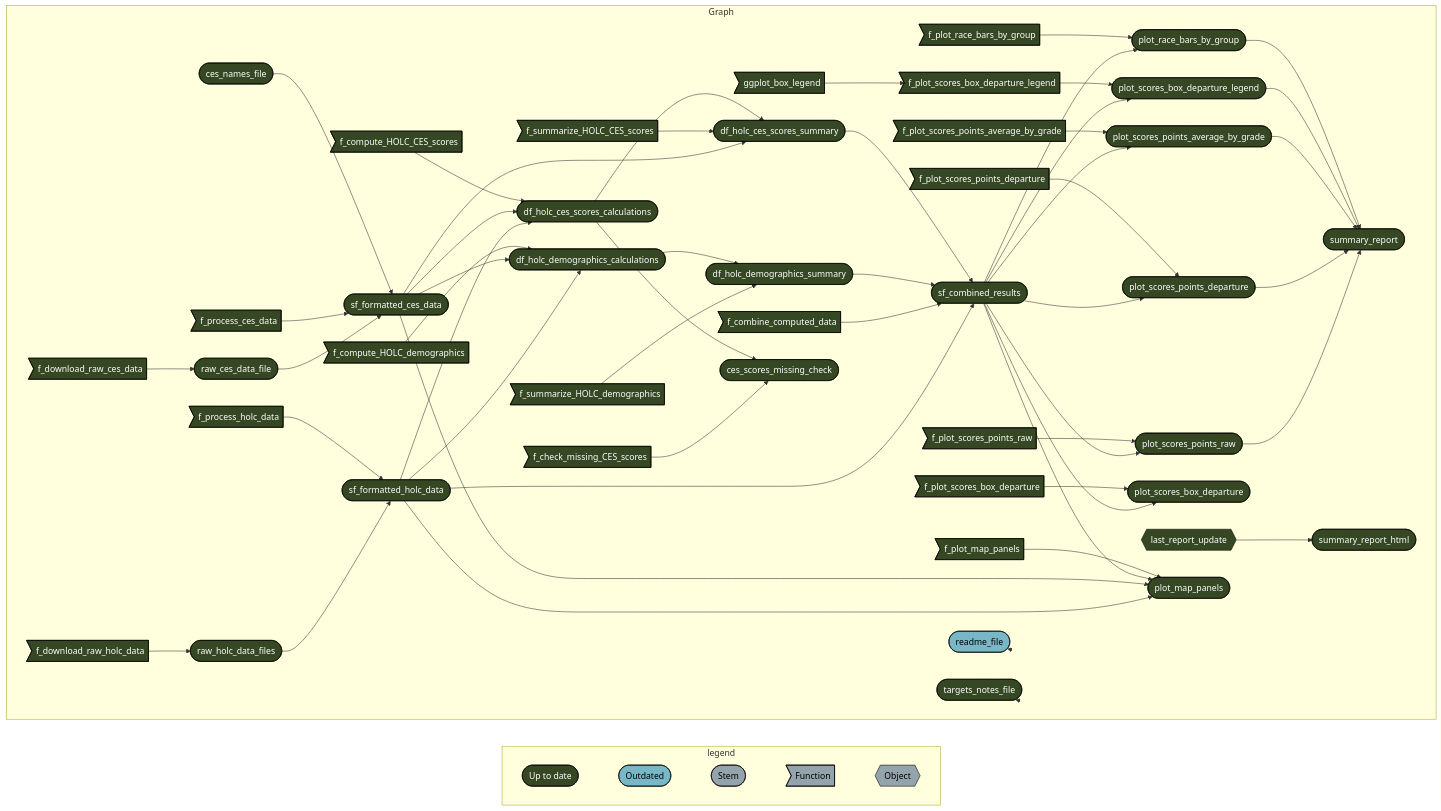
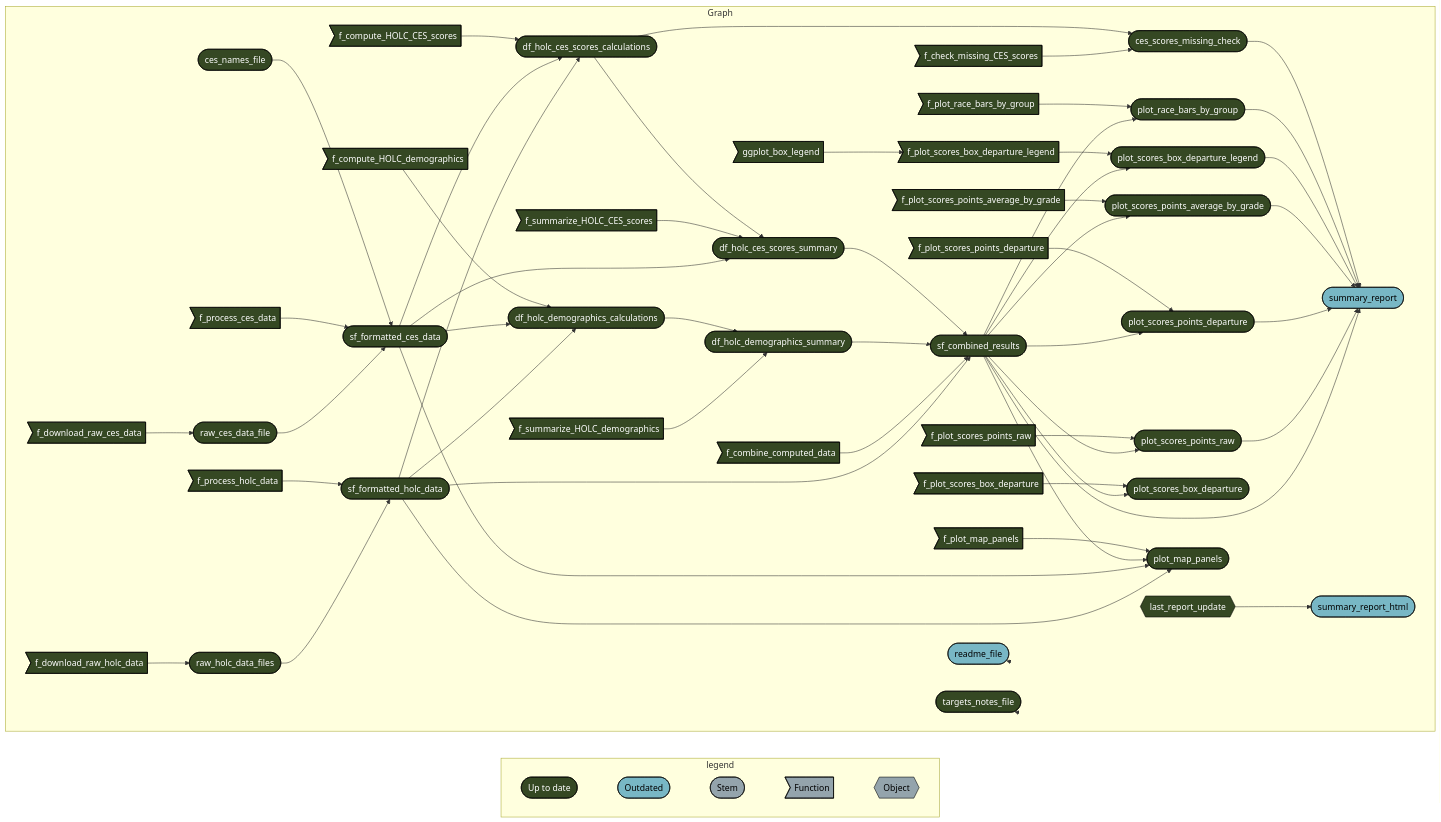
Before and after one commit to daltare/pollution-and-prejudice: the diagram in README.md, drawn with Mermaid. The commit also changed other lines of this file and 9 other files, not shown here.

Commit message:
update readme with links to processed datasets; update summary report with info about missing CES values

````diff
--- a/README.md
+++ b/README.md
@@ -83,71 +93,73 @@
 ``` mermaid
 graph LR
   subgraph legend
     direction LR
     x7420bd9270f8d27d([""Up to date""]):::uptodate --- x0a52b03877696646([""Outdated""]):::outdated
     x0a52b03877696646([""Outdated""]):::outdated --- xbf4603d6c2c2ad6b([""Stem""]):::none
     xbf4603d6c2c2ad6b([""Stem""]):::none --- xf0bce276fe2b9d3e>""Function""]:::none
     xf0bce276fe2b9d3e>""Function""]:::none --- x5bffbffeae195fc9{{""Object""}}:::none
   end
   subgraph Graph
     direction LR
     x723651d51c4d9039>"ggplot_box_legend"]:::uptodate --> x9fc5d9228e2f8c78>"f_plot_scores_box_departure_legend"]:::uptodate
     xbc38fdbb09f54cdc(["df_holc_ces_scores_summary"]):::uptodate --> x7774e14ad1201765(["sf_combined_results"]):::uptodate
     x722c080414fdf571(["df_holc_demographics_summary"]):::uptodate --> x7774e14ad1201765(["sf_combined_results"]):::uptodate
     xf90b49dd379c5312>"f_combine_computed_data"]:::uptodate --> x7774e14ad1201765(["sf_combined_results"]):::uptodate
     xd358c84560a350ea(["sf_formatted_holc_data"]):::uptodate --> x7774e14ad1201765(["sf_combined_results"]):::uptodate
     x661c36f456260220>"f_plot_scores_points_average_by_grade"]:::uptodate --> x26888c3adf53b8ba(["plot_scores_points_average_by_grade"]):::uptodate
     x7774e14ad1201765(["sf_combined_results"]):::uptodate --> x26888c3adf53b8ba(["plot_scores_points_average_by_grade"]):::uptodate
     xb84eb9d541120890>"f_compute_HOLC_CES_scores"]:::uptodate --> xf2cacda6c5be1d56(["df_holc_ces_scores_calculations"]):::uptodate
     x66ea1e7e4088616e(["sf_formatted_ces_data"]):::uptodate --> xf2cacda6c5be1d56(["df_holc_ces_scores_calculations"]):::uptodate
     xd358c84560a350ea(["sf_formatted_holc_data"]):::uptodate --> xf2cacda6c5be1d56(["df_holc_ces_scores_calculations"]):::uptodate
     x05780902aff2e52e>"f_plot_scores_points_departure"]:::uptodate --> x85db2b90c235dab6(["plot_scores_points_departure"]):::uptodate
     x7774e14ad1201765(["sf_combined_results"]):::uptodate --> x85db2b90c235dab6(["plot_scores_points_departure"]):::uptodate
     xd22b3ef3698af9c3>"f_plot_race_bars_by_group"]:::uptodate --> xe2341aac6be6d5c3(["plot_race_bars_by_group"]):::uptodate
     x7774e14ad1201765(["sf_combined_results"]):::uptodate --> xe2341aac6be6d5c3(["plot_race_bars_by_group"]):::uptodate
-    xe2341aac6be6d5c3(["plot_race_bars_by_group"]):::uptodate --> xe24c603975ef95ce(["summary_report"]):::uptodate
-    xd261dc6bb4fd422e(["plot_scores_box_departure_legend"]):::uptodate --> xe24c603975ef95ce(["summary_report"]):::uptodate
-    x26888c3adf53b8ba(["plot_scores_points_average_by_grade"]):::uptodate --> xe24c603975ef95ce(["summary_report"]):::uptodate
-    x85db2b90c235dab6(["plot_scores_points_departure"]):::uptodate --> xe24c603975ef95ce(["summary_report"]):::uptodate
-    xd06bbe78c7eb9f6c(["plot_scores_points_raw"]):::uptodate --> xe24c603975ef95ce(["summary_report"]):::uptodate
+    xcdcbc8327c73002a(["ces_scores_missing_check"]):::uptodate --> xe24c603975ef95ce(["summary_report"]):::outdated
+    xe2341aac6be6d5c3(["plot_race_bars_by_group"]):::uptodate --> xe24c603975ef95ce(["summary_report"]):::outdated
+    xd261dc6bb4fd422e(["plot_scores_box_departure_legend"]):::uptodate --> xe24c603975ef95ce(["summary_report"]):::outdated
+    x26888c3adf53b8ba(["plot_scores_points_average_by_grade"]):::uptodate --> xe24c603975ef95ce(["summary_report"]):::outdated
+    x85db2b90c235dab6(["plot_scores_points_departure"]):::uptodate --> xe24c603975ef95ce(["summary_report"]):::outdated
+    xd06bbe78c7eb9f6c(["plot_scores_points_raw"]):::uptodate --> xe24c603975ef95ce(["summary_report"]):::outdated
+    x7774e14ad1201765(["sf_combined_results"]):::uptodate --> xe24c603975ef95ce(["summary_report"]):::outdated
     xf2cacda6c5be1d56(["df_holc_ces_scores_calculations"]):::uptodate --> xcdcbc8327c73002a(["ces_scores_missing_check"]):::uptodate
     x1909355c81c03a12>"f_check_missing_CES_scores"]:::uptodate --> xcdcbc8327c73002a(["ces_scores_missing_check"]):::uptodate
     x6a4e5ab768f76050>"f_plot_scores_points_raw"]:::uptodate --> xd06bbe78c7eb9f6c(["plot_scores_points_raw"]):::uptodate
     x7774e14ad1201765(["sf_combined_results"]):::uptodate --> xd06bbe78c7eb9f6c(["plot_scores_points_raw"]):::uptodate
     x4baab69ddc05606c>"f_compute_HOLC_demographics"]:::uptodate --> x0933fedf1eaed55e(["df_holc_demographics_calculations"]):::uptodate
     x66ea1e7e4088616e(["sf_formatted_ces_data"]):::uptodate --> x0933fedf1eaed55e(["df_holc_demographics_calculations"]):::uptodate
     xd358c84560a350ea(["sf_formatted_holc_data"]):::uptodate --> x0933fedf1eaed55e(["df_holc_demographics_calculations"]):::uptodate
     x3566400abf0582d0>"f_process_holc_data"]:::uptodate --> xd358c84560a350ea(["sf_formatted_holc_data"]):::uptodate
     x7deb259c829fdb2e(["raw_holc_data_files"]):::uptodate --> xd358c84560a350ea(["sf_formatted_holc_data"]):::uptodate
     x13ecd6c730196e92>"f_plot_scores_box_departure"]:::uptodate --> xc0917568d2ce3bee(["plot_scores_box_departure"]):::uptodate
     x7774e14ad1201765(["sf_combined_results"]):::uptodate --> xc0917568d2ce3bee(["plot_scores_box_departure"]):::uptodate
     xf2cacda6c5be1d56(["df_holc_ces_scores_calculations"]):::uptodate --> xbc38fdbb09f54cdc(["df_holc_ces_scores_summary"]):::uptodate
     x24483bb6f5885403>"f_summarize_HOLC_CES_scores"]:::uptodate --> xbc38fdbb09f54cdc(["df_holc_ces_scores_summary"]):::uptodate
     x66ea1e7e4088616e(["sf_formatted_ces_data"]):::uptodate --> xbc38fdbb09f54cdc(["df_holc_ces_scores_summary"]):::uptodate
     x7ad41e3fd12f2676(["ces_names_file"]):::uptodate --> x66ea1e7e4088616e(["sf_formatted_ces_data"]):::uptodate
     xdca65f7684d779f0>"f_process_ces_data"]:::uptodate --> x66ea1e7e4088616e(["sf_formatted_ces_data"]):::uptodate
     x6538bfb2bd8fa5af(["raw_ces_data_file"]):::uptodate --> x66ea1e7e4088616e(["sf_formatted_ces_data"]):::uptodate
     x9fc5d9228e2f8c78>"f_plot_scores_box_departure_legend"]:::uptodate --> xd261dc6bb4fd422e(["plot_scores_box_departure_legend"]):::uptodate
     x7774e14ad1201765(["sf_combined_results"]):::uptodate --> xd261dc6bb4fd422e(["plot_scores_box_departure_legend"]):::uptodate
-    xf443f725966ed075{{"last_report_update"}}:::uptodate --> x3b5990520b2e818d(["summary_report_html"]):::uptodate
+    xf443f725966ed075{{"last_report_update"}}:::uptodate --> x3b5990520b2e818d(["summary_report_html"]):::outdated
     xc11e093e8a0331b6>"f_plot_map_panels"]:::uptodate --> x52b2d35838d1c908(["plot_map_panels"]):::uptodate
     x7774e14ad1201765(["sf_combined_results"]):::uptodate --> x52b2d35838d1c908(["plot_map_panels"]):::uptodate
     x66ea1e7e4088616e(["sf_formatted_ces_data"]):::uptodate --> x52b2d35838d1c908(["plot_map_panels"]):::uptodate
     xd358c84560a350ea(["sf_formatted_holc_data"]):::uptodate --> x52b2d35838d1c908(["plot_map_panels"]):::uptodate
     xc504145cdabdd854>"f_download_raw_ces_data"]:::uptodate --> x6538bfb2bd8fa5af(["raw_ces_data_file"]):::uptodate
     x0933fedf1eaed55e(["df_holc_demographics_calculations"]):::uptodate --> x722c080414fdf571(["df_holc_demographics_summary"]):::uptodate
     x2dfdf1b5ee4ba094>"f_summarize_HOLC_demographics"]:::uptodate --> x722c080414fdf571(["df_holc_demographics_summary"]):::uptodate
     x28598aa74e36431d>"f_download_raw_holc_data"]:::uptodate --> x7deb259c829fdb2e(["raw_holc_data_files"]):::uptodate
     x118ccf0169559b01(["readme_file"]):::outdated --> x118ccf0169559b01(["readme_file"]):::outdated
     xd244e8c357cc9580(["targets_notes_file"]):::uptodate --> xd244e8c357cc9580(["targets_notes_file"]):::uptodate
   end
   classDef uptodate stroke:#000000,color:#ffffff,fill:#354823;
   classDef outdated stroke:#000000,color:#000000,fill:#78B7C5;
   classDef none stroke:#000000,color:#000000,fill:#94a4ac;
   linkStyle 0 stroke-width:0px;
   linkStyle 1 stroke-width:0px;
   linkStyle 2 stroke-width:0px;
   linkStyle 3 stroke-width:0px;
-  linkStyle 51 stroke-width:0px;
-  linkStyle 52 stroke-width:0px;
+  linkStyle 53 stroke-width:0px;
+  linkStyle 54 stroke-width:0px;
 ```
````
